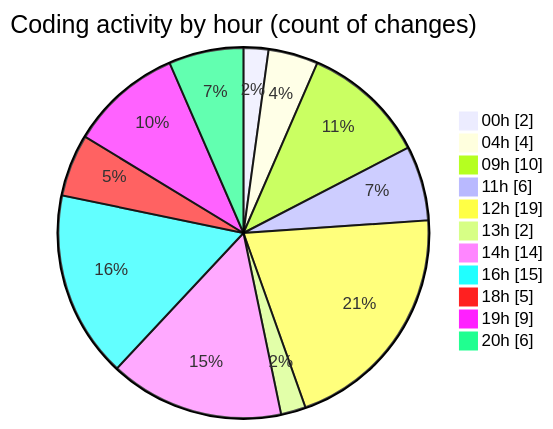
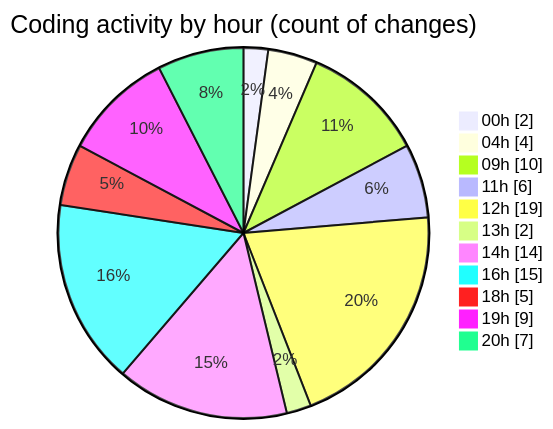
One commit to julien-gomy/code-tracking changed the second of 2 diagrams in 2025-10-28/eventscop-frontend-guide__workspace_/README.md. Above: the diagram before and after it, drawn with Mermaid. The commit also changed other lines of this file and 1 other file, not shown here.

````diff
--- a/2025-10-28/eventscop-frontend-guide__workspace_/README.md
+++ b/2025-10-28/eventscop-frontend-guide__workspace_/README.md
@@ -60,15 +61,15 @@
 ```mermaid
 pie showData
 title Coding activity by hour (count of changes)
 "00h" : 2
 "04h" : 4
 "09h" : 10
 "11h" : 6
 "12h" : 19
 "13h" : 2
 "14h" : 14
 "16h" : 15
 "18h" : 5
 "19h" : 9
-"20h" : 6
+"20h" : 7
 ```
````
